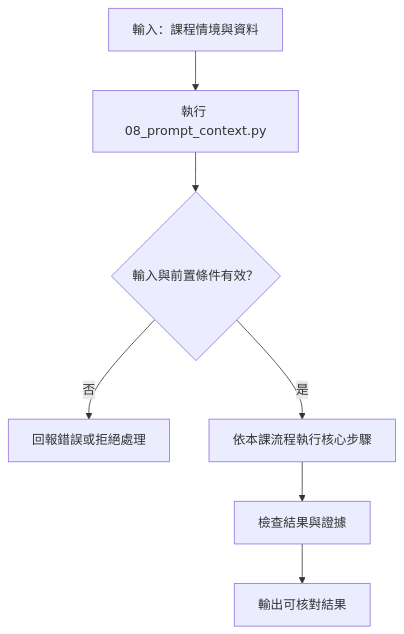
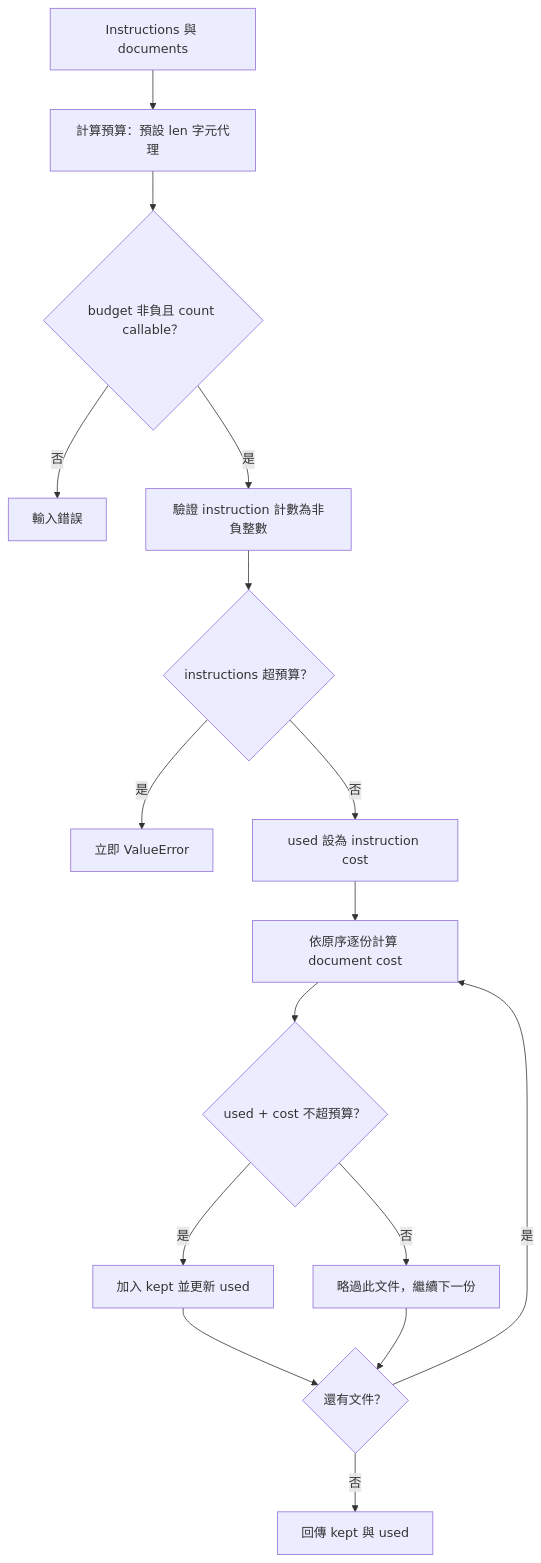
Before and after one commit to 4-learn/LLM-demo: the diagram in 08-prompt-context.md, drawn with Mermaid. The commit also changed other lines of this file and 66 other files, not shown here.

Commit message:
[pm] docs: expand lesson diagrams and fix course mapping (#17)

````diff
--- a/08-prompt-context.md
+++ b/08-prompt-context.md
@@ -9,9 +9,18 @@
 ```mermaid
 flowchart TD
-    A[輸入：課程情境與資料] --> B[執行 08_prompt_context.py]
-    B --> C{輸入與前置條件有效？}
-    C -- 否 --> D[回報錯誤或拒絕處理]
-    C -- 是 --> E[依本課流程執行核心步驟]
-    E --> F[檢查結果與證據]
-    F --> G[輸出可核對結果]
+    A[Instructions 與 documents] --> B[計算預算：預設 len 字元代理]
+    B --> C{budget 非負且 count callable？}
+    C -- 否 --> X[輸入錯誤]
+    C -- 是 --> D[驗證 instruction 計數為非負整數]
+    D --> E{instructions 超預算？}
+    E -- 是 --> F[立即 ValueError]
+    E -- 否 --> G[used 設為 instruction cost]
+    G --> H[依原序逐份計算 document cost]
+    H --> I{used + cost 不超預算？}
+    I -- 是 --> J[加入 kept 並更新 used]
+    I -- 否 --> K[略過此文件，繼續下一份]
+    J --> L{還有文件？}
+    K --> L
+    L -- 是 --> H
+    L -- 否 --> M[回傳 kept 與 used]
 ```
````
